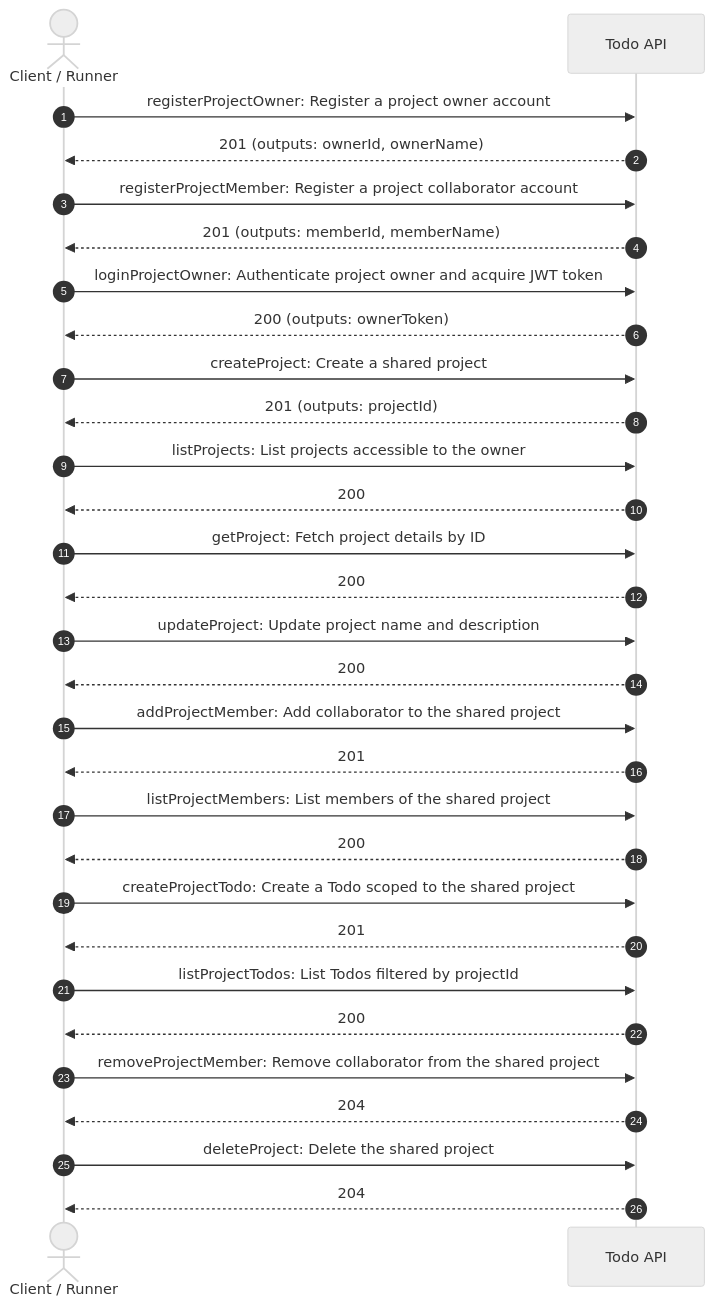
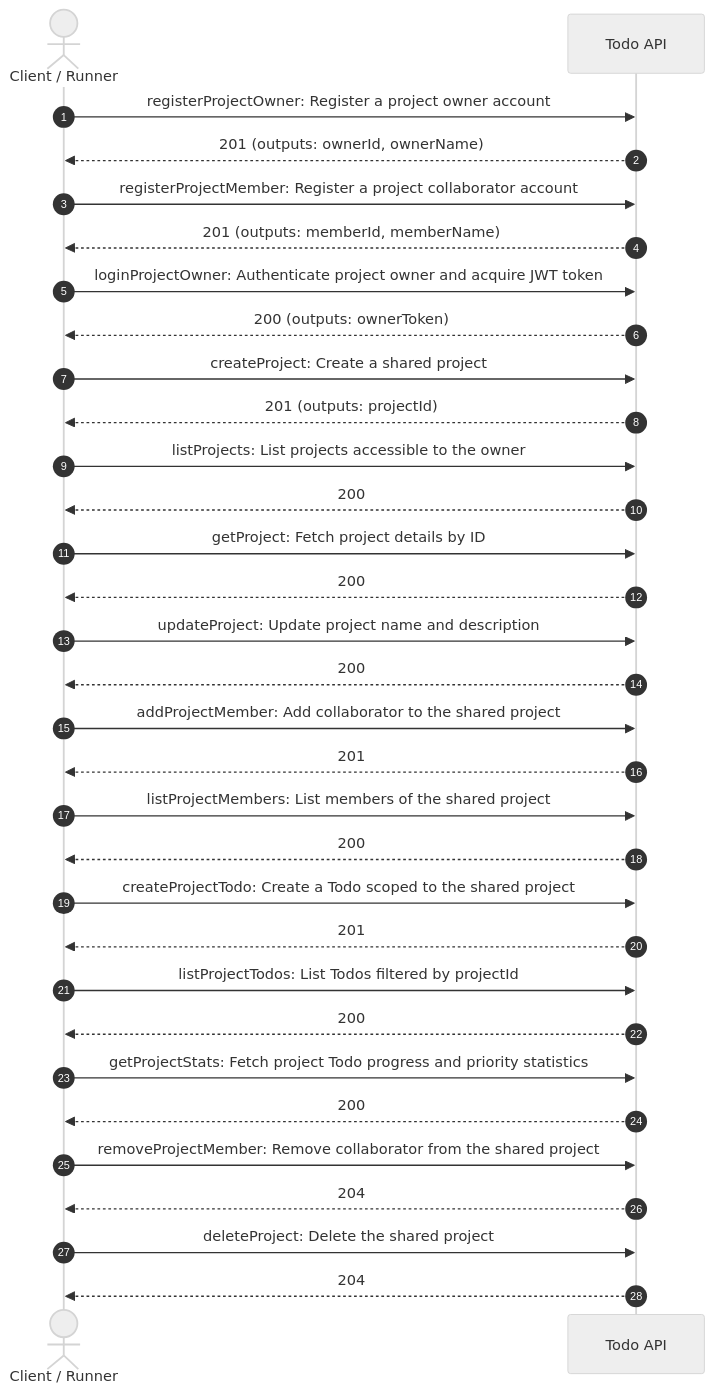
The third of 3 diagrams in docs/workflows/README.md (tom009924/sandbox), drawn with Mermaid (neutral theme) before and after one commit. The commit also changed 15 other files, not shown here.

Commit message:
feat(project): add project statistics summary endpoint

````diff
--- a/docs/workflows/README.md
+++ b/docs/workflows/README.md
@@ -68,32 +68,34 @@
 ```mermaid
 sequenceDiagram
     autonumber
     actor Client as Client / Runner
     participant API as Todo API
     Client->>API: registerProjectOwner: Register a project owner account
     API-->>Client: 201 (outputs: ownerId, ownerName)
     Client->>API: registerProjectMember: Register a project collaborator account
     API-->>Client: 201 (outputs: memberId, memberName)
     Client->>API: loginProjectOwner: Authenticate project owner and acquire JWT token
     API-->>Client: 200 (outputs: ownerToken)
     Client->>API: createProject: Create a shared project
     API-->>Client: 201 (outputs: projectId)
     Client->>API: listProjects: List projects accessible to the owner
     API-->>Client: 200
     Client->>API: getProject: Fetch project details by ID
     API-->>Client: 200
     Client->>API: updateProject: Update project name and description
     API-->>Client: 200
     Client->>API: addProjectMember: Add collaborator to the shared project
     API-->>Client: 201
     Client->>API: listProjectMembers: List members of the shared project
     API-->>Client: 200
     Client->>API: createProjectTodo: Create a Todo scoped to the shared project
     API-->>Client: 201
     Client->>API: listProjectTodos: List Todos filtered by projectId
     API-->>Client: 200
+    Client->>API: getProjectStats: Fetch project Todo progress and priority statistics
+    API-->>Client: 200
     Client->>API: removeProjectMember: Remove collaborator from the shared project
     API-->>Client: 204
     Client->>API: deleteProject: Delete the shared project
     API-->>Client: 204
 ```
````
